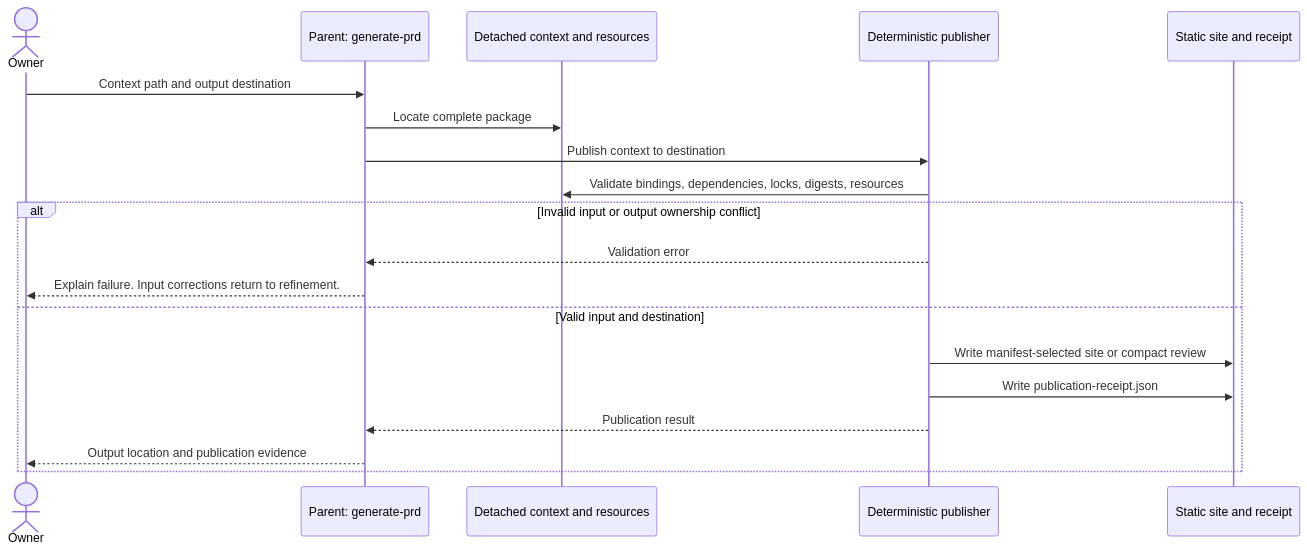
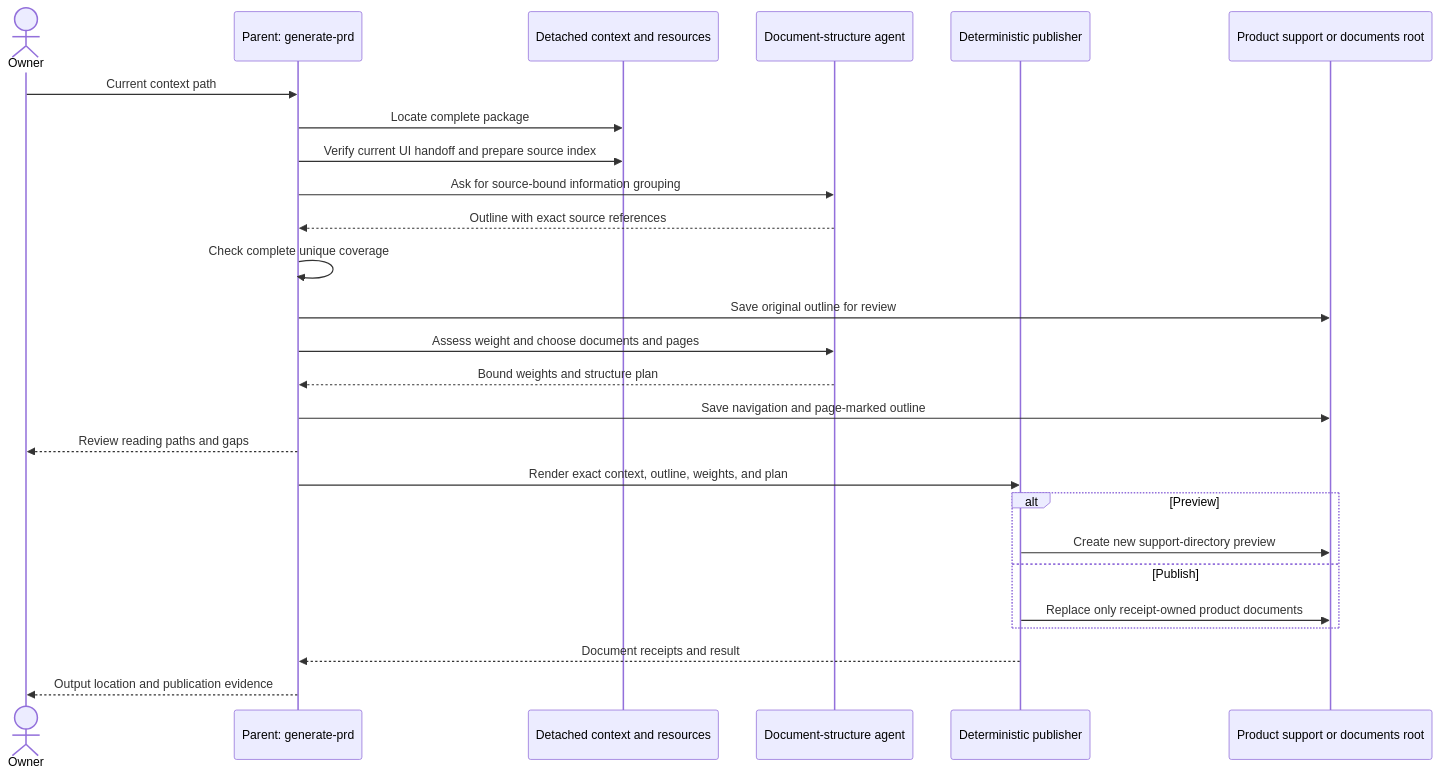
Before and after one commit to Ondoher/polylith-skills: the seventh of 9 diagrams in docs/product-design.md, drawn with Mermaid. The commit also changed other lines of this file and 114 other files, not shown here.

First line of the commit message:
Restructure product publication and plan refinement efficiency

````diff
--- a/docs/product-design.md
+++ b/docs/product-design.md
@@ -276,21 +282,28 @@
 ```mermaid
 sequenceDiagram
     actor Owner
     participant Parent as Parent: generate-prd
     participant Context as Detached context and resources
+    participant Structure as Document-structure agent
     participant Publisher as Deterministic publisher
-    participant Output as Static site and receipt
-    Owner->>Parent: Context path and output destination
+    participant Output as Product support or documents root
+    Owner->>Parent: Current context path
     Parent->>Context: Locate complete package
-    Parent->>Publisher: Publish context to destination
-    Publisher->>Context: Validate bindings, dependencies, locks, digests, resources
-    alt Invalid input or output ownership conflict
-        Publisher-->>Parent: Validation error
-        Parent-->>Owner: Explain failure. Input corrections return to refinement.
-    else Valid input and destination
-        Publisher->>Output: Write manifest-selected site or compact review
-        Publisher->>Output: Write publication-receipt.json
-        Publisher-->>Parent: Publication result
-        Parent-->>Owner: Output location and publication evidence
+    Parent->>Context: Verify current UI handoff and prepare source index
+    Parent->>Structure: Ask for source-bound information grouping
+    Structure-->>Parent: Outline with exact source references
+    Parent->>Parent: Check complete unique coverage
+    Parent->>Output: Save original outline for review
+    Parent->>Structure: Assess weight and choose documents and pages
+    Structure-->>Parent: Bound weights and structure plan
+    Parent->>Output: Save navigation and page-marked outline
+    Parent-->>Owner: Review reading paths and gaps
+    Parent->>Publisher: Render exact context, outline, weights, and plan
+    alt Preview
+        Publisher->>Output: Create new support-directory preview
+    else Publish
+        Publisher->>Output: Replace only receipt-owned product documents
     end
+    Publisher-->>Parent: Document receipts and result
+    Parent-->>Owner: Output location and publication evidence
 ```
````
